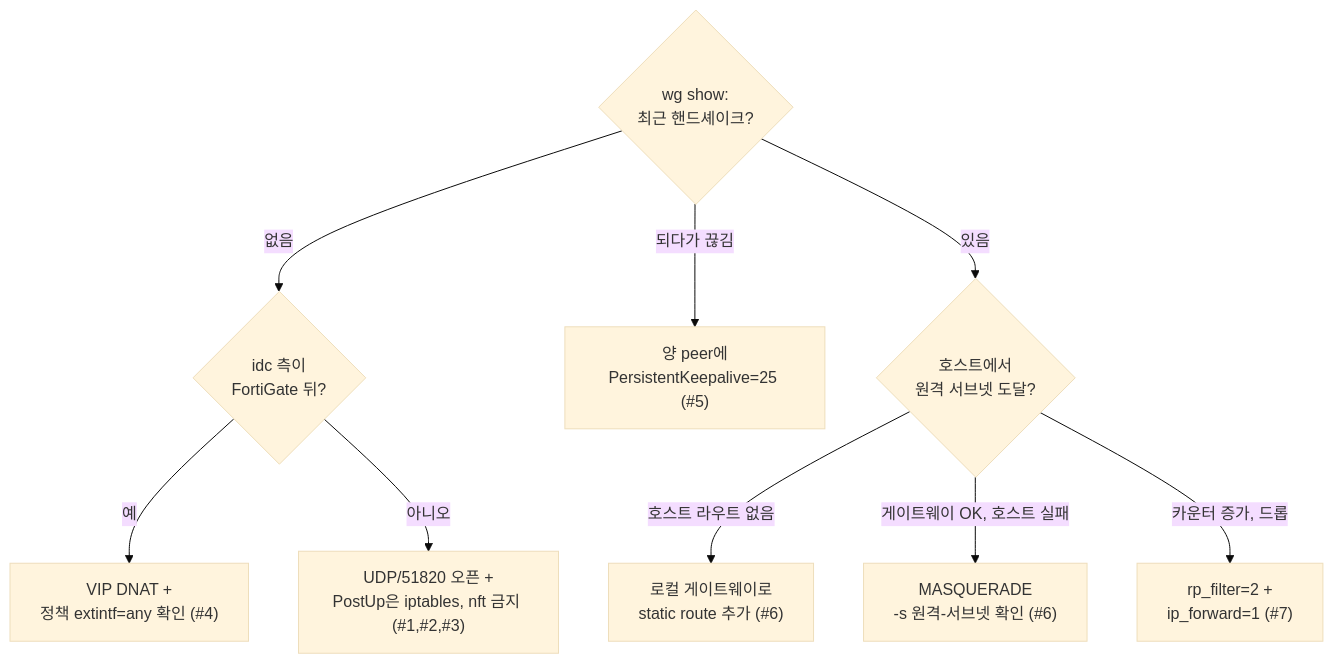
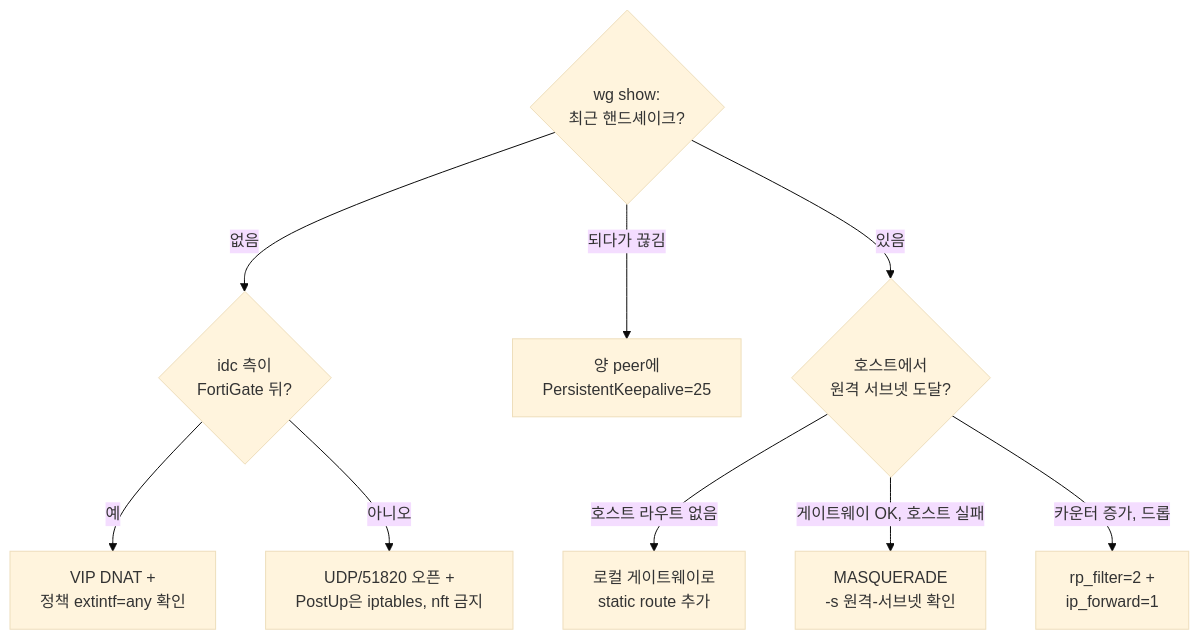
The diagram in diagrams/src/troubleshooting-tree.ko.mmd (choekyeongseon/wireguard-k8s-multisite), drawn with Mermaid (base theme) before and after one commit. The commit also changed 3 other files, not shown here.

First line of the commit message:
diagrams: drop dangling item numbers from the troubleshooting tree

```diff
--- a/diagrams/src/troubleshooting-tree.ko.mmd
+++ b/diagrams/src/troubleshooting-tree.ko.mmd
@@ -1,10 +1,10 @@
 flowchart TD
     A{"wg show:<br/>최근 핸드셰이크?"}
     A -->|"없음"| B{"idc 측이<br/>FortiGate 뒤?"}
-    B -->|"예"| B1["VIP DNAT +<br/>정책 extintf=any 확인 (#4)"]
-    B -->|"아니오"| B2["UDP/51820 오픈 +<br/>PostUp은 iptables, nft 금지 (#1,#2,#3)"]
-    A -->|"되다가 끊김"| C["양 peer에<br/>PersistentKeepalive=25 (#5)"]
+    B -->|"예"| B1["VIP DNAT +<br/>정책 extintf=any 확인"]
+    B -->|"아니오"| B2["UDP/51820 오픈 +<br/>PostUp은 iptables, nft 금지"]
+    A -->|"되다가 끊김"| C["양 peer에<br/>PersistentKeepalive=25"]
     A -->|"있음"| D{"호스트에서<br/>원격 서브넷 도달?"}
-    D -->|"호스트 라우트 없음"| E["로컬 게이트웨이로<br/>static route 추가 (#6)"]
-    D -->|"게이트웨이 OK, 호스트 실패"| F["MASQUERADE<br/>-s 원격-서브넷 확인 (#6)"]
-    D -->|"카운터 증가, 드롭"| G["rp_filter=2 +<br/>ip_forward=1 (#7)"]
+    D -->|"호스트 라우트 없음"| E["로컬 게이트웨이로<br/>static route 추가"]
+    D -->|"게이트웨이 OK, 호스트 실패"| F["MASQUERADE<br/>-s 원격-서브넷 확인"]
+    D -->|"카운터 증가, 드롭"| G["rp_filter=2 +<br/>ip_forward=1"]
```
